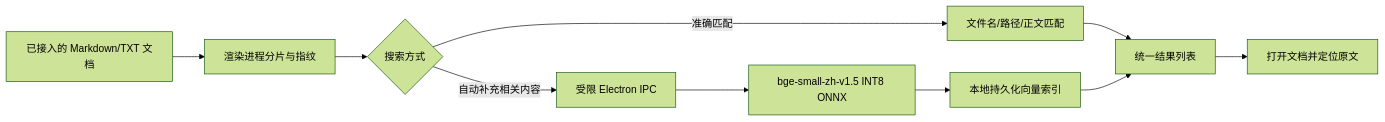
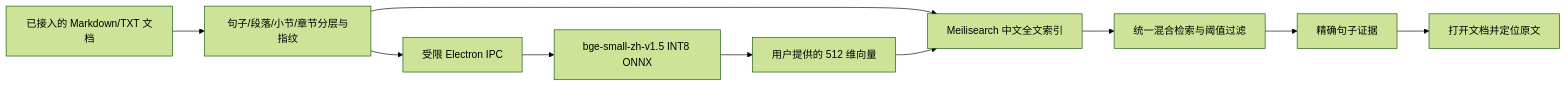
The diagram in docs/搜索原型与研发计划.md (kaituotuo/Guanyi-MD), drawn with Mermaid (forest theme) before and after one commit. The commit also changed other lines of this file and 17 other files, not shown here.

````diff
--- a/docs/搜索原型与研发计划.md
+++ b/docs/搜索原型与研发计划.md
@@ -39,12 +39,12 @@
 ```mermaid
 flowchart LR
-  A[已接入的 Markdown/TXT 文档] --> B[渲染进程分片与指纹]
-  B --> C{搜索方式}
-  C -->|准确匹配| D[文件名/路径/正文匹配]
-  C -->|自动补充相关内容| E[受限 Electron IPC]
-  E --> F[bge-small-zh-v1.5 INT8 ONNX]
-  F --> G[本地持久化向量索引]
-  D --> H[统一结果列表]
-  G --> H
+  A[已接入的 Markdown/TXT 文档] --> B[句子/段落/小节/章节分层与指纹]
+  B --> C[受限 Electron IPC]
+  C --> D[bge-small-zh-v1.5 INT8 ONNX]
+  D --> E[用户提供的 512 维向量]
+  B --> F[Meilisearch 中文全文索引]
+  E --> F
+  F --> G[统一混合检索与阈值过滤]
+  G --> H[精确句子证据]
   H --> I[打开文档并定位原文]
 ```
````
